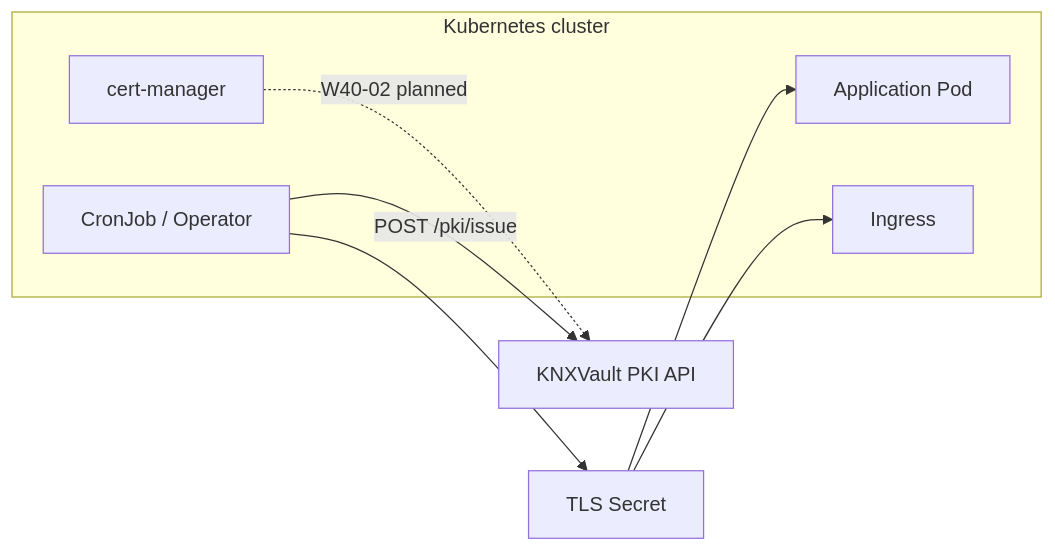
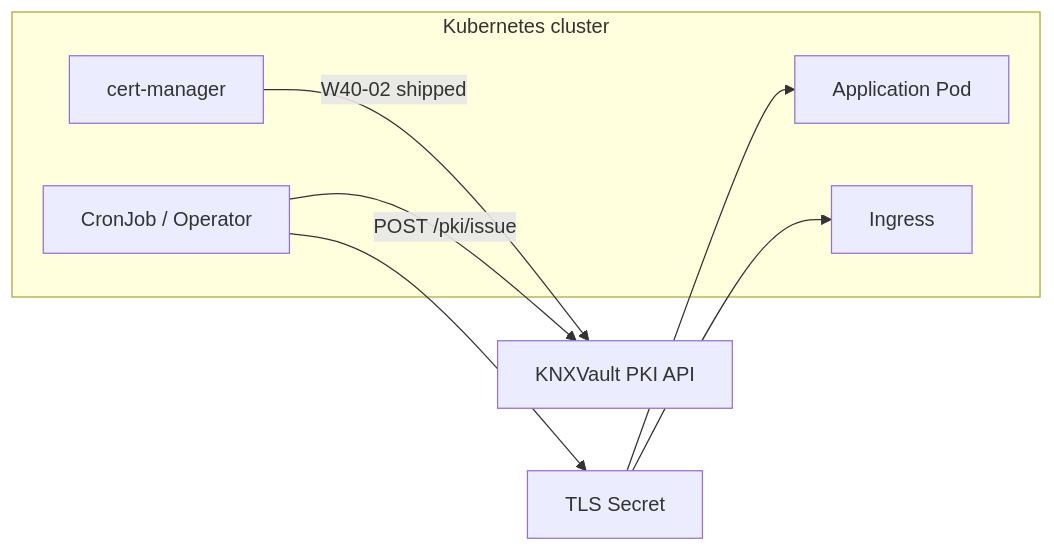
Before and after one commit to kubenexis/knxvault: the diagram in docs/operations/pki-kubernetes.md, drawn with Mermaid. The commit also changed other lines of this file and 8 other files, not shown here.

````diff
--- a/docs/operations/pki-kubernetes.md
+++ b/docs/operations/pki-kubernetes.md
@@ -19,15 +19,15 @@
 ```mermaid
 flowchart LR
   subgraph cluster [Kubernetes cluster]
     CM[cert-manager]
     CJ[CronJob / Operator]
     App[Application Pod]
     Ing[Ingress]
   end
   KV[KNXVault PKI API]
-  CM -.->|W40-02 planned| KV
+  CM -->|W40-02 shipped| KV
   CJ -->|POST /pki/issue| KV
   CJ --> Secret[TLS Secret]
   Secret --> Ing
   Secret --> App
 ```
````
